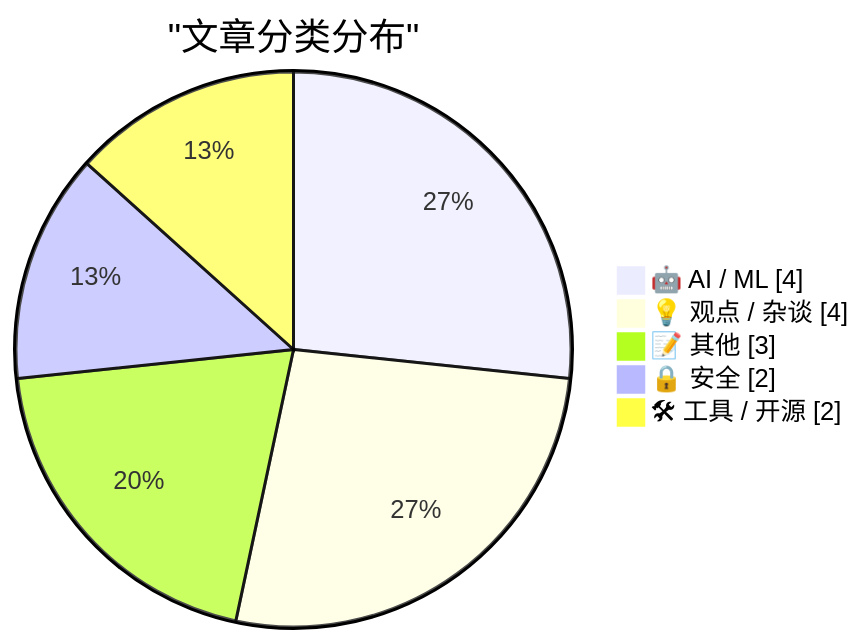
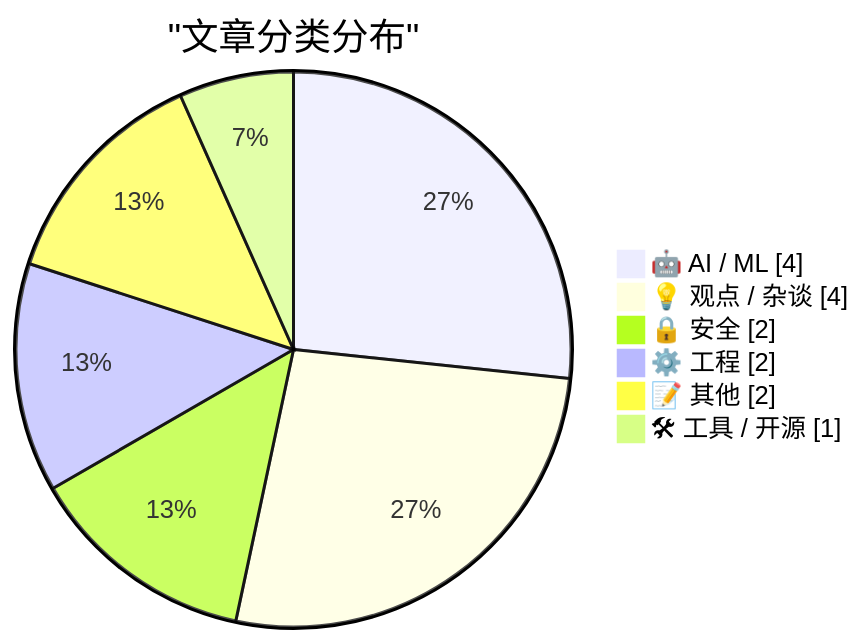
One commit to gitmeus/daily-reports changed the first of 2 diagrams in digest-20260228.md. Above: the diagram before and after it, drawn with Mermaid. The commit also changed other lines of this file, not shown here.

````diff
--- a/digest-20260228.md
+++ b/digest-20260228.md
@@ -53,9 +53,10 @@
 ```mermaid
 pie showData
     title "文章分类分布"
     "🤖 AI / ML" : 4
     "💡 观点 / 杂谈" : 4
-    "📝 其他" : 3
     "🔒 安全" : 2
-    "🛠 工具 / 开源" : 2
+    "⚙️ 工程" : 2
+    "📝 其他" : 2
+    "🛠 工具 / 开源" : 1
 ```
````
